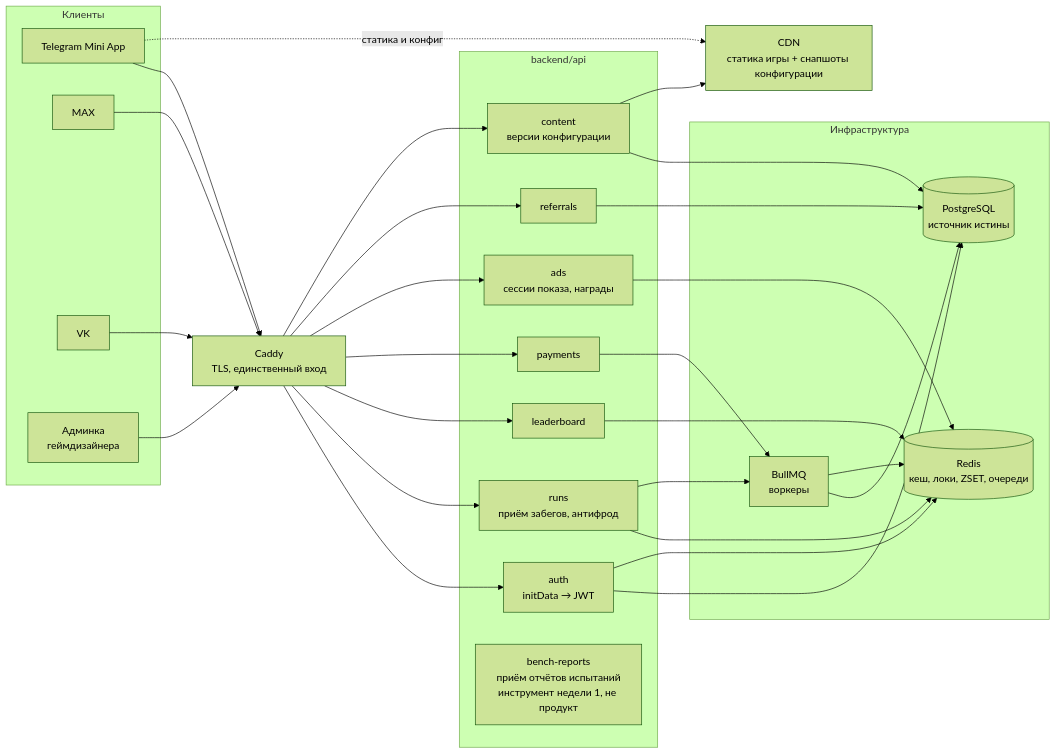
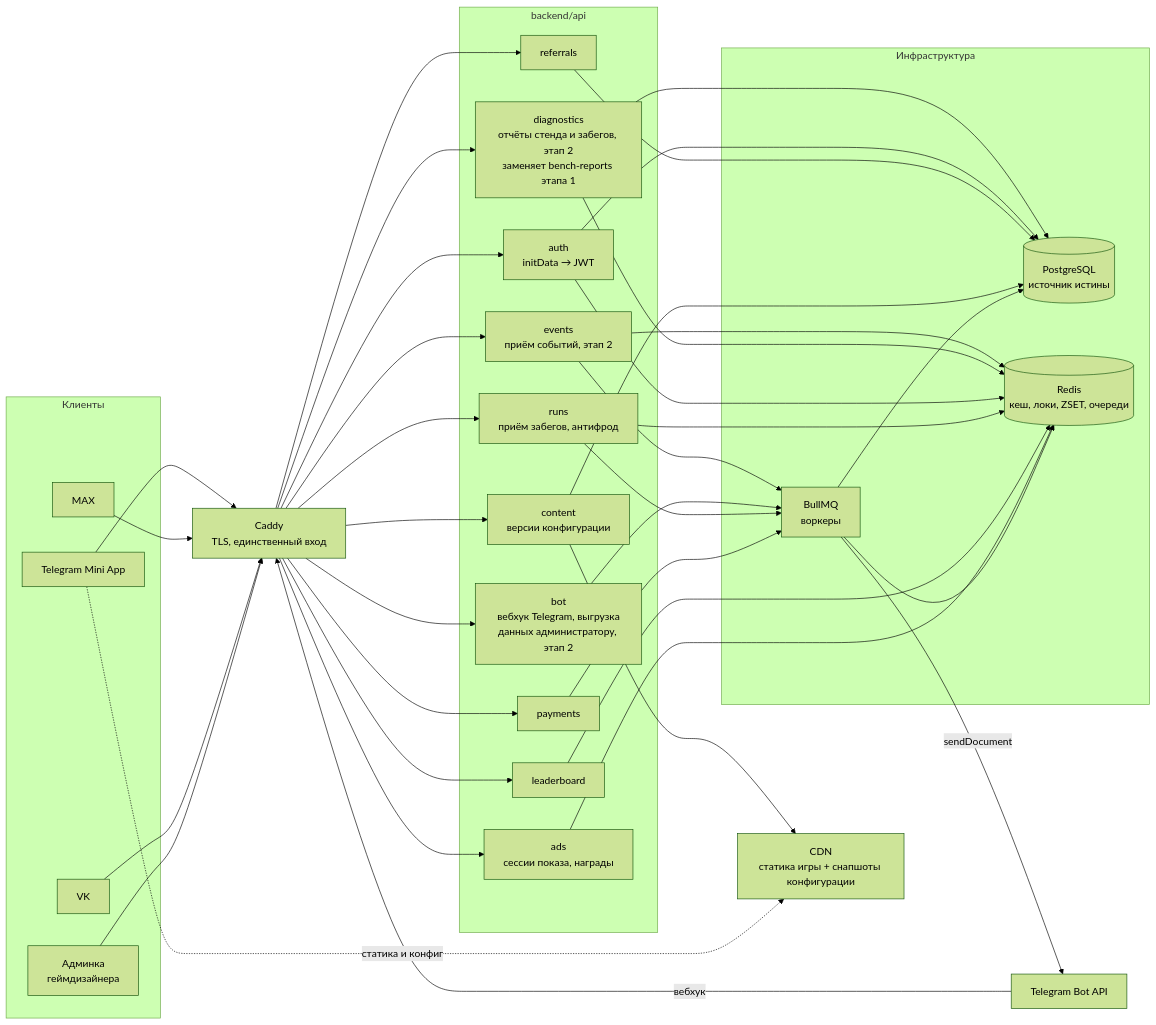
Before and after one commit to JJSGxKD/rubezh: the seventh of 17 diagrams in docs/21-diagrams.md, drawn with Mermaid (forest theme). The commit also changed other lines of this file and 19 other files, not shown here.

````diff
--- a/docs/21-diagrams.md
+++ b/docs/21-diagrams.md
@@ -383,59 +454,74 @@
 ```mermaid
 flowchart LR
     subgraph clients["Клиенты"]
         TG["Telegram Mini App"]
         MAX["MAX"]
         VK["VK"]
         ADMIN["Админка<br/>геймдизайнера"]
     end
 
     CADDY["Caddy<br/>TLS, единственный вход"]
 
     subgraph api["backend/api"]
         AUTH["auth<br/>initData → JWT"]
         RUNS["runs<br/>приём забегов, антифрод"]
         LB["leaderboard"]
         PAY["payments"]
         ADS["ads<br/>сессии показа, награды"]
         REF["referrals"]
         CONTENT["content<br/>версии конфигурации"]
-        BENCH["bench-reports<br/>приём отчётов испытаний<br/>инструмент недели 1, не продукт"]
+        EVENTS["events<br/>приём событий, этап 2"]
+        DIAG["diagnostics<br/>отчёты стенда и забегов, этап 2<br/>заменяет bench-reports этапа 1"]
+        BOT["bot<br/>вебхук Telegram, выгрузка<br/>данных администратору, этап 2"]
     end
+
+    TGAPI["Telegram Bot API"]
 
     subgraph infra["Инфраструктура"]
         PG[("PostgreSQL<br/>источник истины")]
         REDIS[("Redis<br/>кеш, локи, ZSET, очереди")]
         QUEUE["BullMQ<br/>воркеры"]
     end
 
     CDN["CDN<br/>статика игры + снапшоты конфигурации"]
 
     TG --> CADDY
     MAX --> CADDY
     VK --> CADDY
     ADMIN --> CADDY
 
     CADDY --> AUTH
     CADDY --> RUNS
     CADDY --> LB
     CADDY --> PAY
     CADDY --> ADS
     CADDY --> REF
     CADDY --> CONTENT
+    CADDY --> EVENTS
+    CADDY --> DIAG
+
+    EVENTS --> REDIS
+    EVENTS --> QUEUE
+    DIAG --> REDIS
+    DIAG --> PG
+    TGAPI -- вебхук --> CADDY
+    CADDY --> BOT
+    BOT --> QUEUE
+    QUEUE -- sendDocument --> TGAPI
 
     AUTH --> PG
     AUTH --> REDIS
     RUNS --> REDIS
     RUNS --> QUEUE
     LB --> REDIS
     PAY --> QUEUE
     ADS --> REDIS
     REF --> PG
     CONTENT --> PG
     CONTENT --> CDN
 
     QUEUE --> PG
     QUEUE --> REDIS
 
     TG -.статика и конфиг.-> CDN
 ```
````
